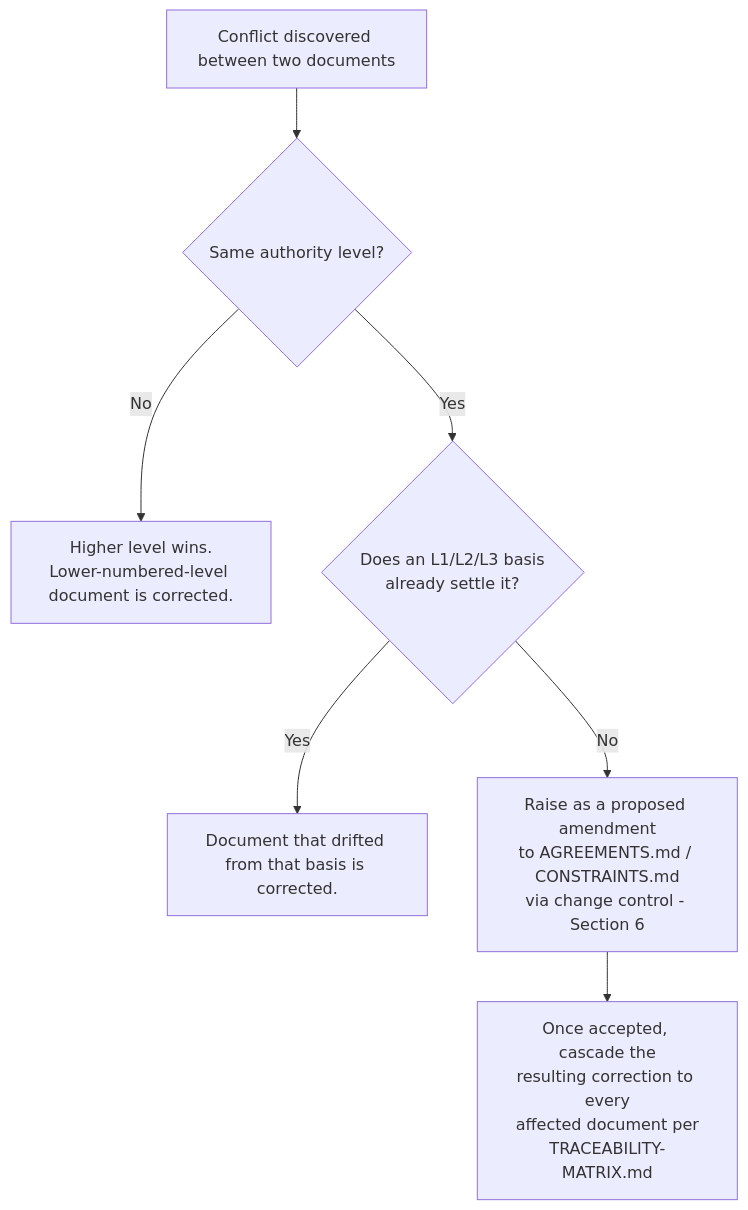
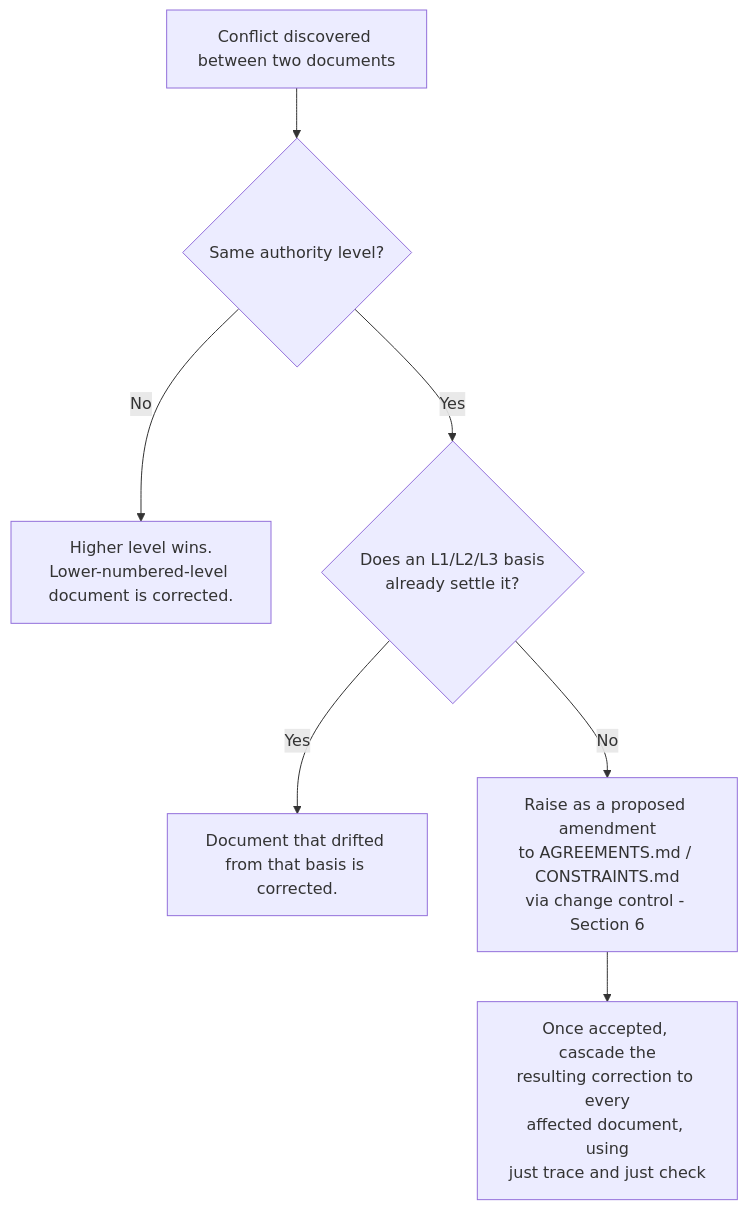
The second of 4 diagrams in solution-docs/70-governance/DOCUMENT-GOVERNANCE.md (veglezMX/guardrails), drawn with Mermaid before and after one commit. The commit also changed other lines of this file and 66 other files, not shown here.

````diff
--- a/solution-docs/70-governance/DOCUMENT-GOVERNANCE.md
+++ b/solution-docs/70-governance/DOCUMENT-GOVERNANCE.md
@@ -96,9 +97,9 @@
 ```mermaid
 flowchart TD
     A[Conflict discovered between two documents] --> B{Same authority level?}
     B -- No --> C[Higher level wins.<br/>Lower-numbered-level document is corrected.]
     B -- Yes --> D{Does an L1/L2/L3 basis<br/>already settle it?}
     D -- Yes --> E[Document that drifted from that basis is corrected.]
     D -- No --> F[Raise as a proposed amendment<br/>to AGREEMENTS.md / CONSTRAINTS.md<br/>via change control - Section 6]
-    F --> G[Once accepted, cascade the<br/>resulting correction to every<br/>affected document per<br/>TRACEABILITY-MATRIX.md]
+    F --> G[Once accepted, cascade the<br/>resulting correction to every<br/>affected document, using<br/>just trace and just check]
 ```
````
